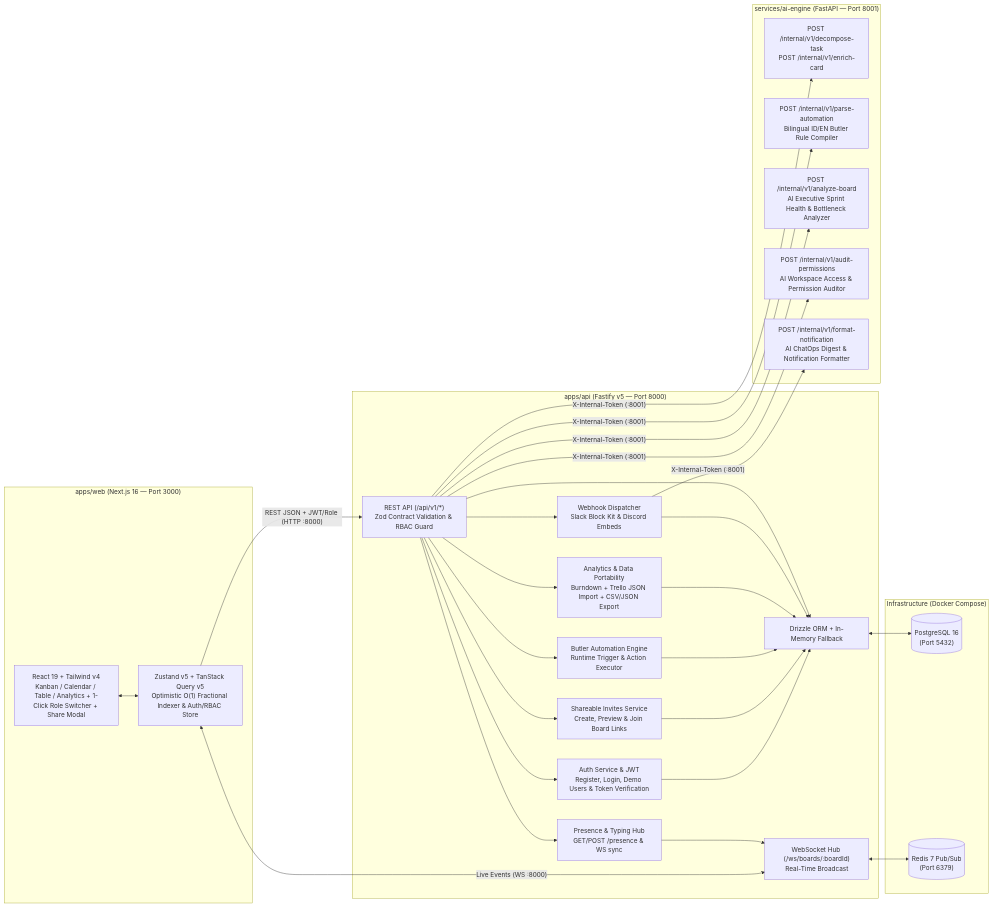
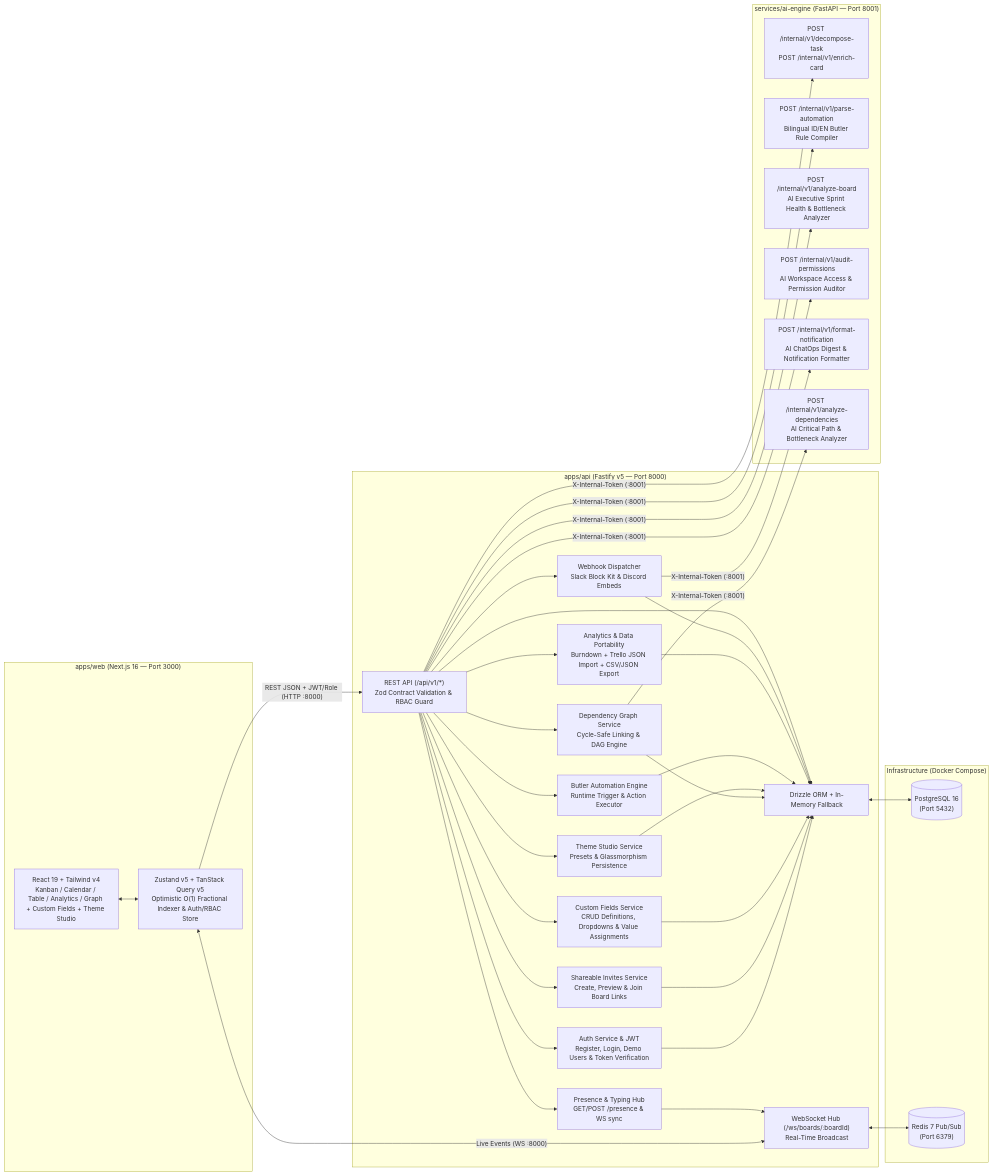
One commit to DimasNuryadin/kanbanify changed the diagram in README.md. Above: the diagram before and after it, drawn with Mermaid. The commit also changed other lines of this file and 3 other files, not shown here.

````diff
--- a/README.md
+++ b/README.md
@@ -11,56 +11,67 @@
 ```mermaid
 flowchart LR
     subgraph Client ["apps/web (Next.js 16 — Port 3000)"]
-        UI["React 19 + Tailwind v4\nKanban / Calendar / Table / Analytics + 1-Click Role Switcher + Share Modal"]
+        UI["React 19 + Tailwind v4\nKanban / Calendar / Table / Analytics / Graph + Custom Fields + Theme Studio"]
         Store["Zustand v5 + TanStack Query v5\nOptimistic O(1) Fractional Indexer & Auth/RBAC Store"]
     end
 
     subgraph CoreAPI ["apps/api (Fastify v5 — Port 8000)"]
         REST["REST API (/api/v1/*)\nZod Contract Validation & RBAC Guard"]
         Auth["Auth Service & JWT\nRegister, Login, Demo Users & Token Verification"]
         Invites["Shareable Invites Service\nCreate, Preview & Join Board Links"]
+        CustomFields["Custom Fields Service\nCRUD Definitions, Dropdowns & Value Assignments"]
+        DepGraph["Dependency Graph Service\nCycle-Safe Linking & DAG Engine"]
+        Theme["Theme Studio Service\nPresets & Glassmorphism Persistence"]
         Butler["Butler Automation Engine\nRuntime Trigger & Action Executor"]
         Analytics["Analytics & Data Portability\nBurndown + Trello JSON Import + CSV/JSON Export"]
         Presence["Presence & Typing Hub\nGET/POST /presence & WS sync"]
         Webhook["Webhook Dispatcher\nSlack Block Kit & Discord Embeds"]
         WS["WebSocket Hub (/ws/boards/:boardId)\nReal-Time Broadcast"]
         Repo["Drizzle ORM + In-Memory Fallback"]
     end
 
     subgraph AIEngine ["services/ai-engine (FastAPI — Port 8001)"]
         Decomposer["POST /internal/v1/decompose-task\nPOST /internal/v1/enrich-card"]
         RuleParser["POST /internal/v1/parse-automation\nBilingual ID/EN Butler Rule Compiler"]
         BoardAnalyzer["POST /internal/v1/analyze-board\nAI Executive Sprint Health & Bottleneck Analyzer"]
         Auditor["POST /internal/v1/audit-permissions\nAI Workspace Access & Permission Auditor"]
         Formatter["POST /internal/v1/format-notification\nAI ChatOps Digest & Notification Formatter"]
+        CriticalPath["POST /internal/v1/analyze-dependencies\nAI Critical Path & Bottleneck Analyzer"]
     end
 
     subgraph Infra ["Infrastructure (Docker Compose)"]
         PG[("PostgreSQL 16\n(Port 5432)")]
         RD[("Redis 7 Pub/Sub\n(Port 6379)")]
     end
 
     UI <--> Store
     Store -- "REST JSON + JWT/Role (HTTP :8000)" --> REST
     Store <-- "Live Events (WS :8000)" --> WS
     REST --> Auth
     REST --> Invites
+    REST --> CustomFields
+    REST --> DepGraph
+    REST --> Theme
     REST --> Butler
     REST --> Analytics
     REST --> Presence
     REST --> Webhook
     Auth --> Repo
     Invites --> Repo
+    CustomFields --> Repo
+    DepGraph --> Repo
+    Theme --> Repo
     Butler --> Repo
     Analytics --> Repo
     Presence --> WS
     Webhook --> Repo
     REST --> Repo
     Repo <--> PG
     WS <--> RD
     REST -- "X-Internal-Token (:8001)" --> Decomposer
     REST -- "X-Internal-Token (:8001)" --> RuleParser
     REST -- "X-Internal-Token (:8001)" --> BoardAnalyzer
     REST -- "X-Internal-Token (:8001)" --> Auditor
+    DepGraph -- "X-Internal-Token (:8001)" --> CriticalPath
     Webhook -- "X-Internal-Token (:8001)" --> Formatter
 ```
````
